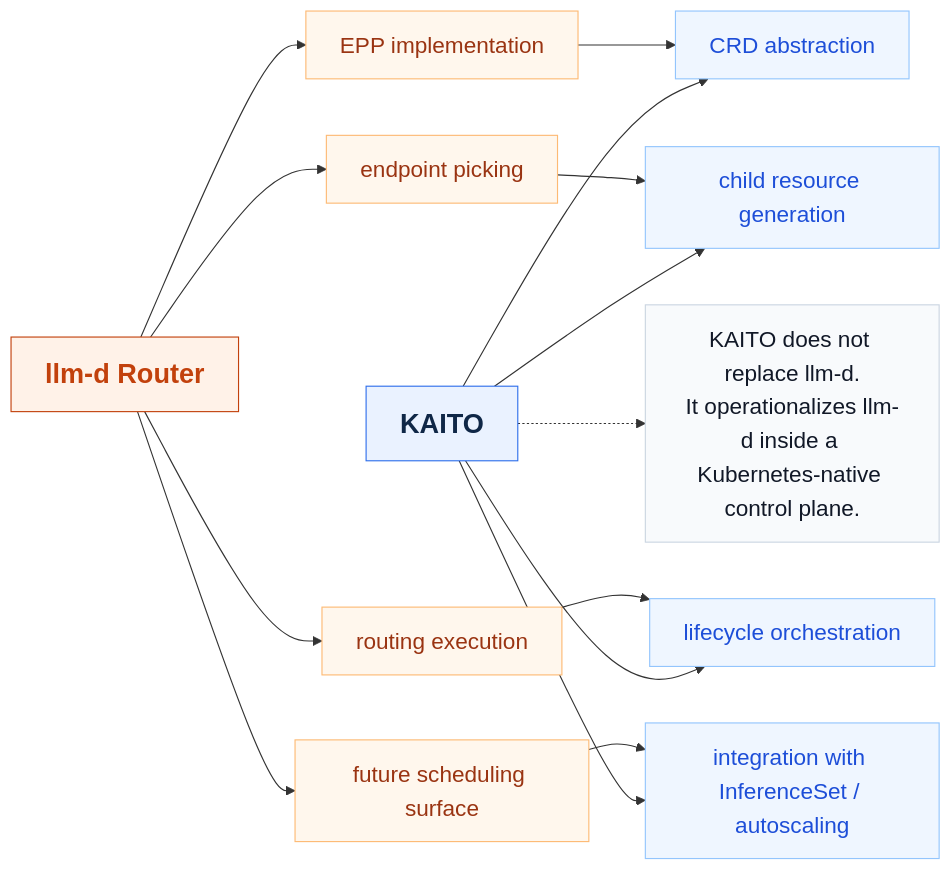
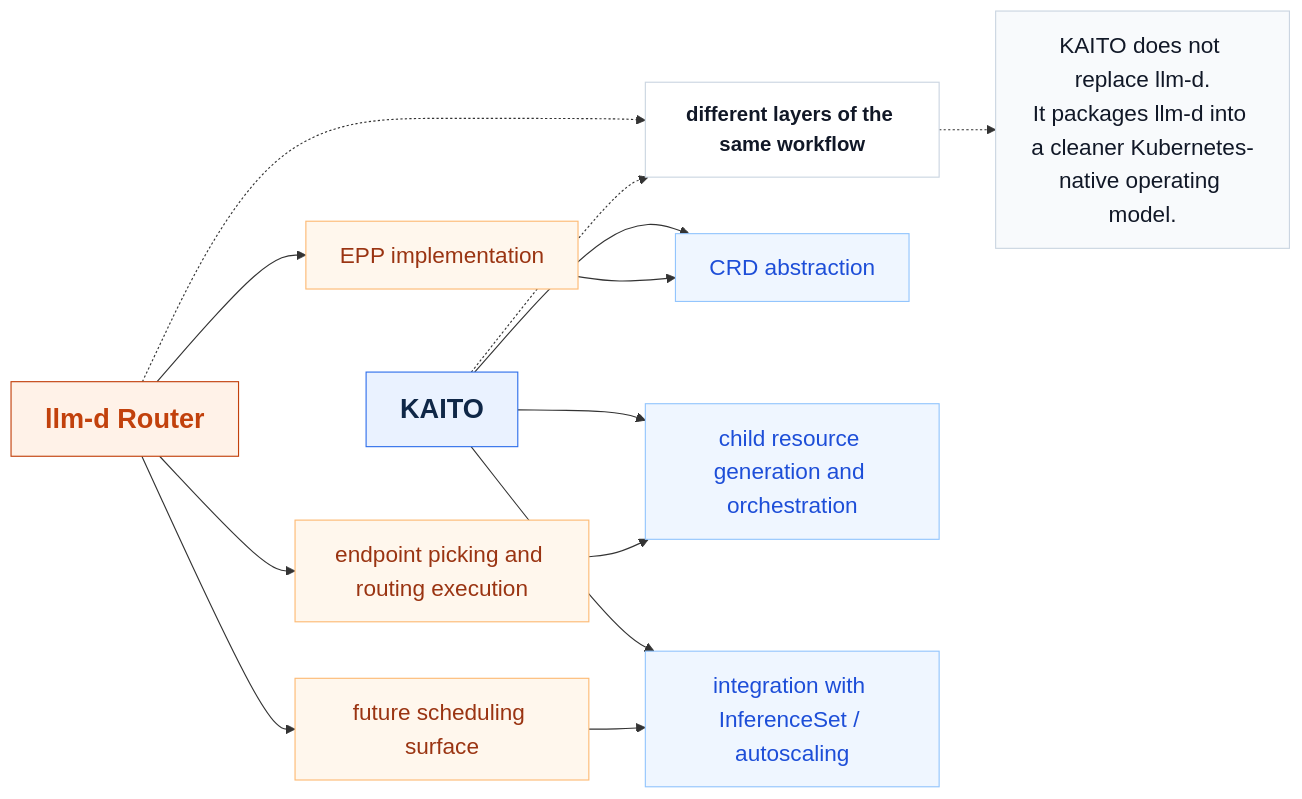
Before and after one commit to andyzhangx/demo: the diagram in llm/kaito-llm-d-pd-slides-assets/mermaid/slide-10-kaito-vs-llmd.mmd, drawn with Mermaid. The commit also changed 10 other files, not shown here.

Commit message:
docs: refine presentation style for pd mermaid slides

```diff
--- a/llm/kaito-llm-d-pd-slides-assets/mermaid/slide-10-kaito-vs-llmd.mmd
+++ b/llm/kaito-llm-d-pd-slides-assets/mermaid/slide-10-kaito-vs-llmd.mmd
@@ -1,44 +1,42 @@
 flowchart LR
-%% pos LLMD 120 70 400 110
-%% pos KAITO 1680 70 400 110
-%% pos L1 120 240 460 90
-%% pos R1 1580 240 500 90
-%% pos L2 120 360 460 90
-%% pos R2 1580 360 500 90
-%% pos L3 120 480 460 90
-%% pos R3 1580 480 500 90
-%% pos L4 120 600 460 90
-%% pos R4 1580 600 500 90
-%% pos NOTE 520 780 1160 130
+%% pos LLMD 140 90 420 110
+%% pos KAITO 1640 90 420 110
+%% pos BRIDGE 885 110 430 80
+%% pos L1 140 270 430 90
+%% pos R1 1640 270 430 90
+%% pos L2 140 395 430 90
+%% pos R2 1640 395 430 90
+%% pos L3 140 520 430 90
+%% pos R3 1640 520 430 90
+%% pos NOTE 540 780 1140 125
 
 LLMD["llm-d Router"]:::orange
 KAITO["KAITO"]:::decode
+BRIDGE["different layers of the same workflow"]:::tag
 L1["EPP implementation"]:::orange2
 R1["CRD abstraction"]:::blue2
-L2["endpoint picking"]:::orange2
-R2["child resource generation"]:::blue2
-L3["routing execution"]:::orange2
-R3["lifecycle orchestration"]:::blue2
-L4["future scheduling surface"]:::orange2
-R4["integration with InferenceSet / autoscaling"]:::blue2
-NOTE["KAITO does not replace llm-d.<br/>It operationalizes llm-d inside a Kubernetes-native control plane."]:::note
+L2["endpoint picking and routing execution"]:::orange2
+R2["child resource generation and orchestration"]:::blue2
+L3["future scheduling surface"]:::orange2
+R3["integration with InferenceSet / autoscaling"]:::blue2
+NOTE["KAITO does not replace llm-d.<br/>It packages llm-d into a cleaner Kubernetes-native operating model."]:::note
 
 LLMD --> L1
 LLMD --> L2
 LLMD --> L3
-LLMD --> L4
 KAITO --> R1
 KAITO --> R2
 KAITO --> R3
-KAITO --> R4
 L1 --> R1
 L2 --> R2
 L3 --> R3
-L4 --> R4
-KAITO -.-> NOTE
+LLMD -.-> BRIDGE
+KAITO -.-> BRIDGE
+BRIDGE -.-> NOTE
 
 classDef orange fill:#FFF2E8,stroke:#C2410C,color:#C2410C,font-size:24px,font-weight:bold
 classDef orange2 fill:#FFF7ED,stroke:#FDBA74,color:#9A3412,font-size:20px
 classDef decode fill:#EAF2FF,stroke:#2F6FEB,color:#0F2747,font-size:24px,font-weight:bold
 classDef blue2 fill:#EFF6FF,stroke:#93C5FD,color:#1D4ED8,font-size:20px
 classDef note fill:#F8FAFC,stroke:#CBD5E1,color:#111827,font-size:20px
+classDef tag fill:#FFFFFF,stroke:#CBD5E1,color:#111827,font-size:18px,font-weight:bold
```
